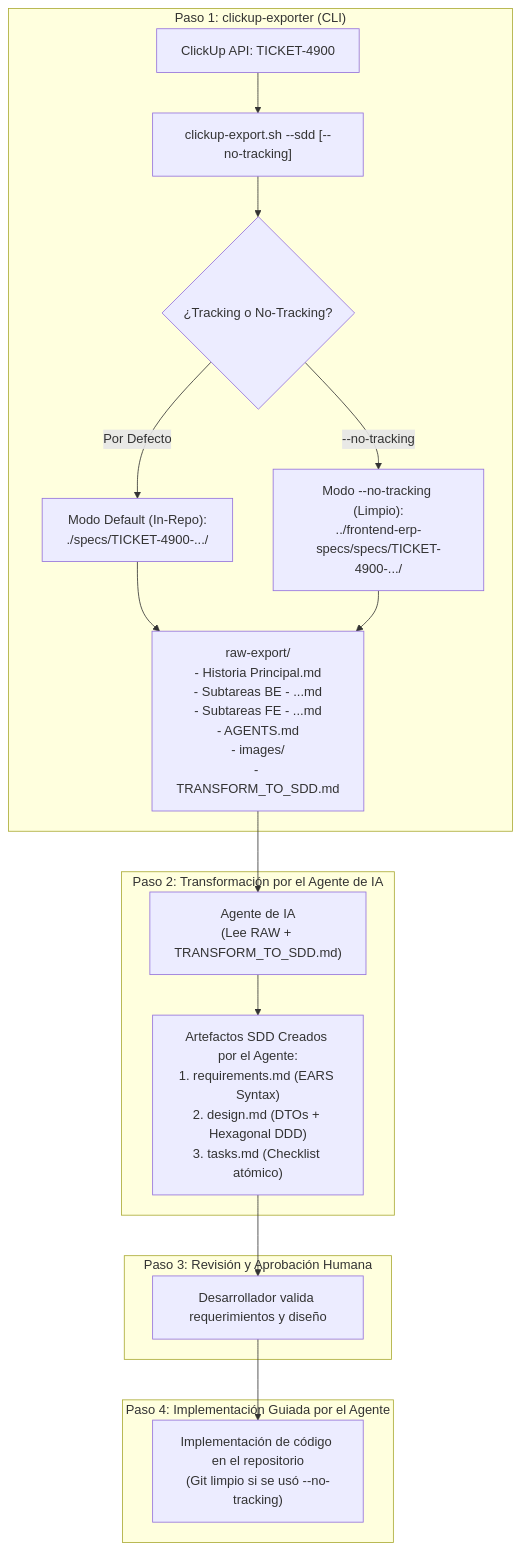
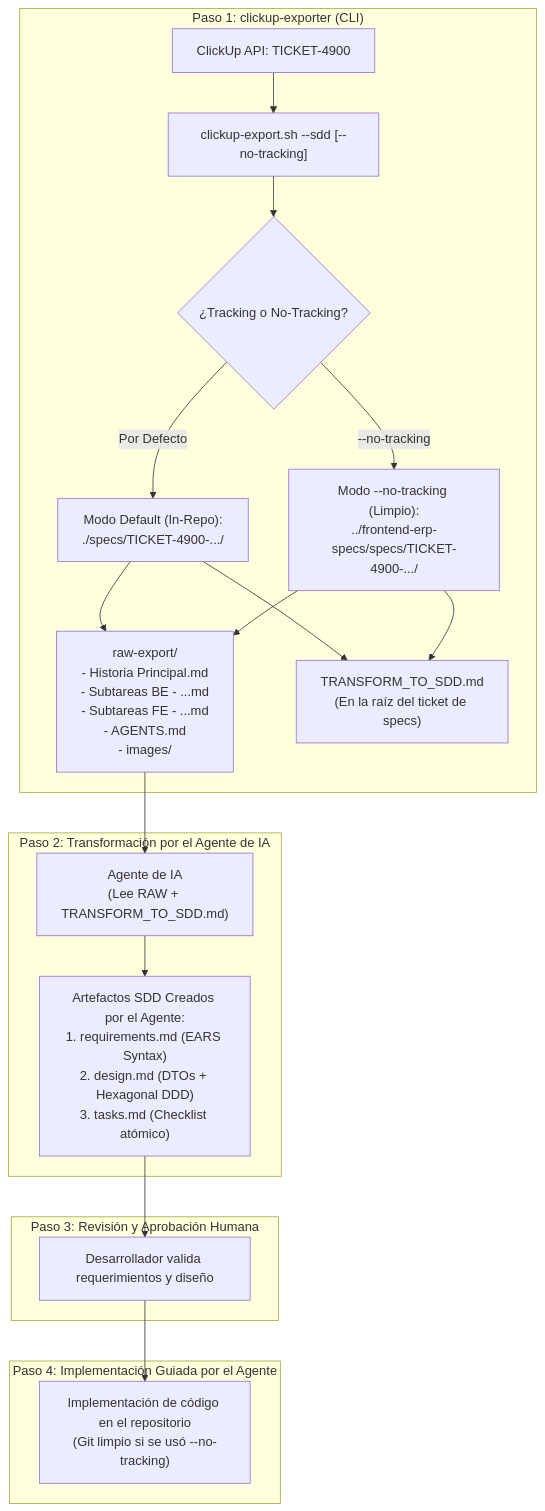
The diagram in SPEC_DRIVEN_DEVELOPMENT_WORKFLOW.md (DonytXz/clickup-exporter), drawn with Mermaid before and after one commit. The commit also changed 1 other file, not shown here.

Commit message:
fix: address CodeRabbit review findings on SDD staging, format validation, and asset resolution

````diff
--- a/SPEC_DRIVEN_DEVELOPMENT_WORKFLOW.md
+++ b/SPEC_DRIVEN_DEVELOPMENT_WORKFLOW.md
@@ -14,41 +14,44 @@
 ```mermaid
 flowchart TD
     subgraph Step1["Paso 1: clickup-exporter (CLI)"]
         CU[ClickUp API: TICKET-4900]
         EXP["clickup-export.sh --sdd [--no-tracking]"]
         DEST{"¿Tracking o No-Tracking?"}
         
         CU --> EXP
         EXP --> DEST
         
         T_PATH["Modo Default (In-Repo):<br/>./specs/TICKET-4900-.../"]
         NT_PATH["Modo --no-tracking (Limpio):<br/>../frontend-erp-specs/specs/TICKET-4900-.../"]
         
         DEST -->|Por Defecto| T_PATH
         DEST -->|--no-tracking| NT_PATH
         
-        RAW["raw-export/<br/>- Historia Principal.md<br/>- Subtareas BE - ...md<br/>- Subtareas FE - ...md<br/>- AGENTS.md<br/>- images/<br/>- TRANSFORM_TO_SDD.md"]
-        
+        RAW["raw-export/<br/>- Historia Principal.md<br/>- Subtareas BE - ...md<br/>- Subtareas FE - ...md<br/>- AGENTS.md<br/>- images/"]
+        DIRECTIVE["TRANSFORM_TO_SDD.md<br/>(En la raíz del ticket de specs)"]
+
         T_PATH --> RAW
+        T_PATH --> DIRECTIVE
         NT_PATH --> RAW
+        NT_PATH --> DIRECTIVE
     end
 
     subgraph Step2["Paso 2: Transformación por el Agente de IA"]
         AGENT["Agente de IA<br/>(Lee RAW + TRANSFORM_TO_SDD.md)"]
         RAW --> AGENT
         
         SDD_FILES["Artefactos SDD Creados por el Agente:<br/>1. requirements.md (EARS Syntax)<br/>2. design.md (DTOs + Hexagonal DDD)<br/>3. tasks.md (Checklist atómico)"]
         
         AGENT --> SDD_FILES
     end
 
     subgraph Step3["Paso 3: Revisión y Aprobación Humana"]
         REVIEW["Desarrollador valida requerimientos y diseño"]
         SDD_FILES --> REVIEW
     end
 
     subgraph Step4["Paso 4: Implementación Guiada por el Agente"]
         CODE["Implementación de código en el repositorio<br/>(Git limpio si se usó --no-tracking)"]
         REVIEW --> CODE
     end
 ```
````
